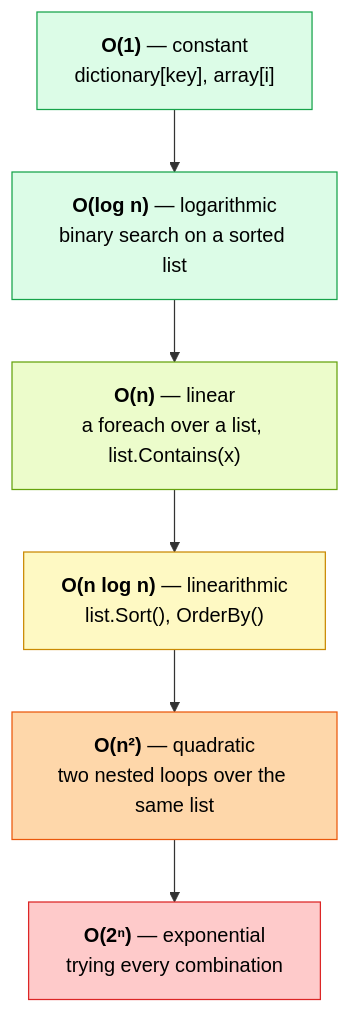
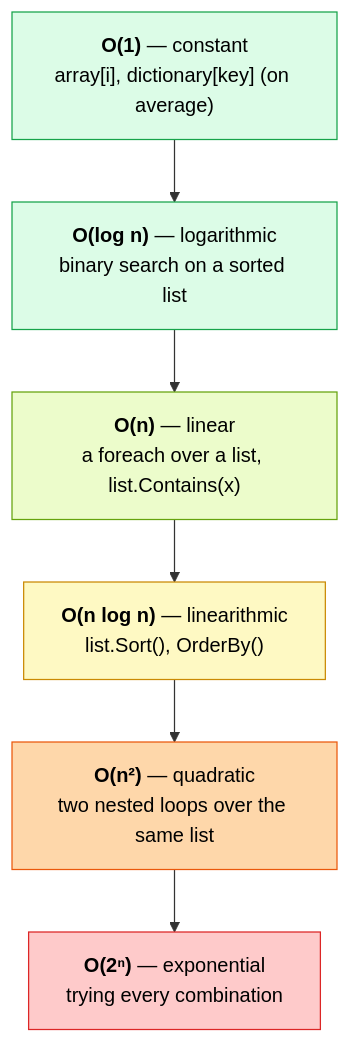
The third of 12 diagrams in lessons/00-big-o/README.md (callasalvatore/csharp-algorithms), drawn with Mermaid before and after one commit. The commit also changed other lines of this file, not shown here.

Commit message:
docs: Mark hash-based lookups as O(1) on average in lesson 00

````diff
--- a/lessons/00-big-o/README.md
+++ b/lessons/00-big-o/README.md
@@ -111,17 +111,17 @@
 ```mermaid
 flowchart TB
-    O1["<b>O(1)</b> — constant<br/>dictionary[key], array[i]"]:::great
+    O1["<b>O(1)</b> — constant<br/>array[i], dictionary[key] (on average)"]:::great
     Olog["<b>O(log n)</b> — logarithmic<br/>binary search on a sorted list"]:::great
     On["<b>O(n)</b> — linear<br/>a foreach over a list, list.Contains(x)"]:::good
     Onlog["<b>O(n log n)</b> — linearithmic<br/>list.Sort(), OrderBy()"]:::ok
     On2["<b>O(n²)</b> — quadratic<br/>two nested loops over the same list"]:::bad
     O2n["<b>O(2ⁿ)</b> — exponential<br/>trying every combination"]:::terrible
 
     O1 --> Olog --> On --> Onlog --> On2 --> O2n
 
     classDef great fill:#dcfce7,stroke:#16a34a,color:#000
     classDef good fill:#ecfccb,stroke:#65a30d,color:#000
     classDef ok fill:#fef9c3,stroke:#ca8a04,color:#000
     classDef bad fill:#fed7aa,stroke:#ea580c,color:#000
     classDef terrible fill:#fecaca,stroke:#dc2626,color:#000
 ```
````
